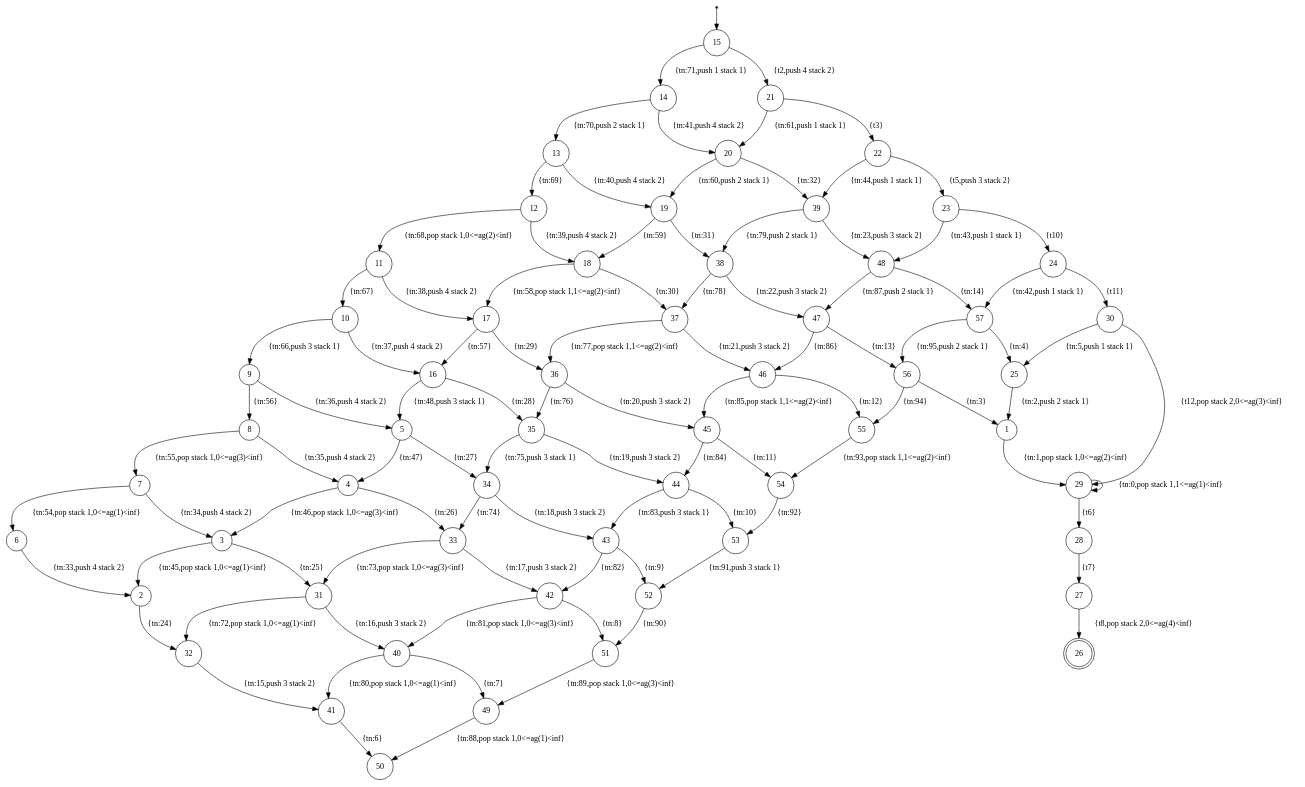
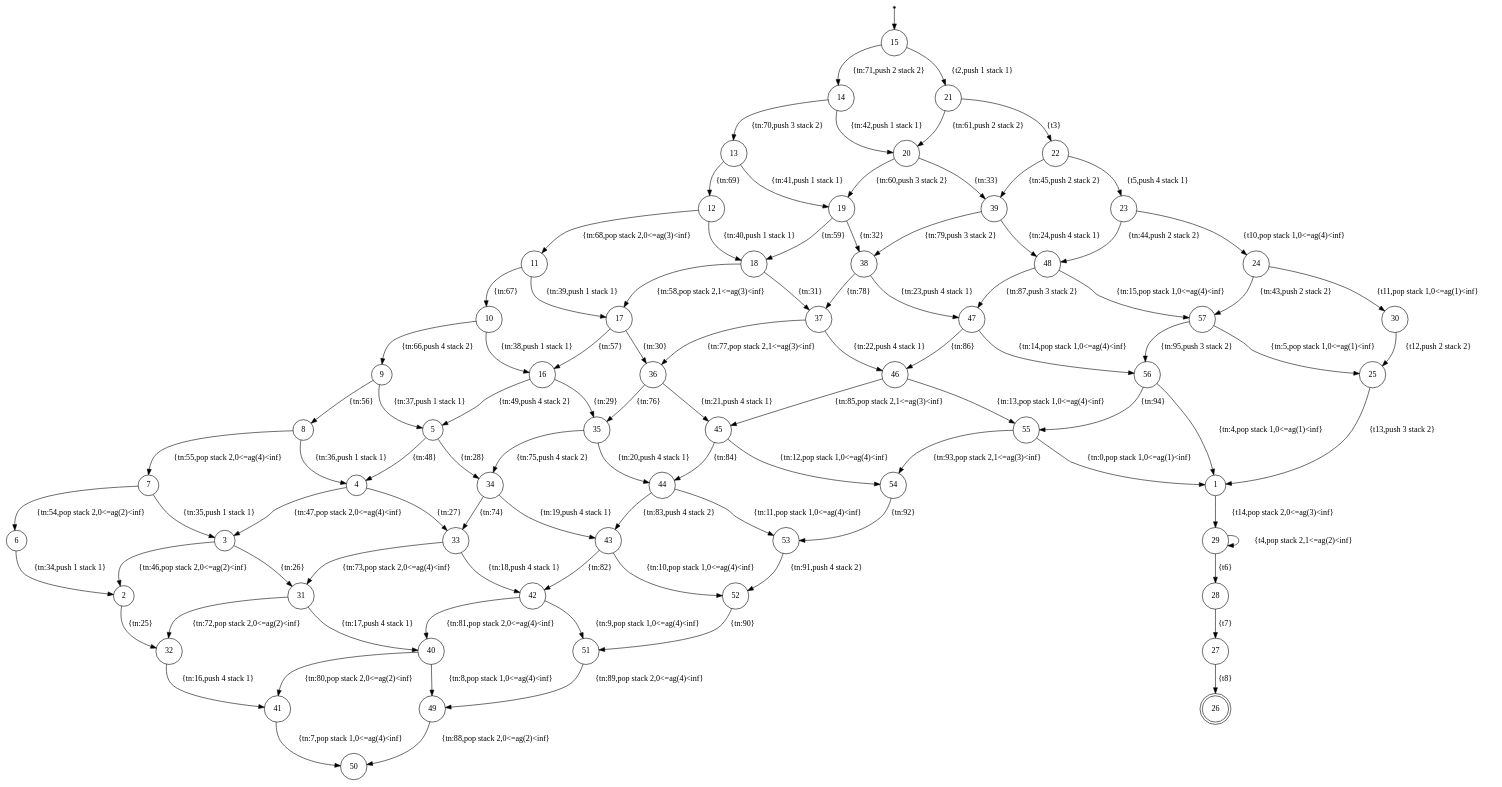
One commit to Sparsa/bhim changed the diagram in Benchmarks in Paper/Timed/Bluetooth/BluetoothTimed.xml.dot. Above: the diagram before and after it, drawn with Graphviz. The commit also changed 11 other files, not shown here.

```diff
--- a/Benchmarks in Paper/Timed/Bluetooth/BluetoothTimed.xml.dot
+++ b/Benchmarks in Paper/Timed/Bluetooth/BluetoothTimed.xml.dot
@@ -1,102 +1,102 @@
 digraph finite_state_machine {
 	node [shape = point ]; qi0;
 	node [shape = doublecircle];26;
 	node [shape=circle];
 	qi0 -> 15;
-	29 -> 29 [ label = "{tn:0,pop stack 1,1<=ag(1)<inf}" ];
-	1 -> 29 [ label = "{tn:1,pop stack 1,0<=ag(2)<inf}" ];
-	25 -> 1 [ label = "{tn:2,push 2 stack 1}" ];
-	56 -> 1 [ label = "{tn:3}" ];
-	57 -> 25 [ label = "{tn:4}" ];
-	30 -> 25 [ label = "{tn:5,push 1 stack 1}" ];
-	41 -> 50 [ label = "{tn:6}" ];
-	40 -> 49 [ label = "{tn:7}" ];
-	42 -> 51 [ label = "{tn:8}" ];
-	43 -> 52 [ label = "{tn:9}" ];
-	44 -> 53 [ label = "{tn:10}" ];
-	45 -> 54 [ label = "{tn:11}" ];
-	46 -> 55 [ label = "{tn:12}" ];
-	47 -> 56 [ label = "{tn:13}" ];
-	48 -> 57 [ label = "{tn:14}" ];
-	32 -> 41 [ label = "{tn:15,push 3 stack 2}" ];
-	31 -> 40 [ label = "{tn:16,push 3 stack 2}" ];
-	33 -> 42 [ label = "{tn:17,push 3 stack 2}" ];
-	34 -> 43 [ label = "{tn:18,push 3 stack 2}" ];
-	35 -> 44 [ label = "{tn:19,push 3 stack 2}" ];
-	36 -> 45 [ label = "{tn:20,push 3 stack 2}" ];
-	37 -> 46 [ label = "{tn:21,push 3 stack 2}" ];
-	38 -> 47 [ label = "{tn:22,push 3 stack 2}" ];
-	39 -> 48 [ label = "{tn:23,push 3 stack 2}" ];
-	2 -> 32 [ label = "{tn:24}" ];
-	3 -> 31 [ label = "{tn:25}" ];
-	4 -> 33 [ label = "{tn:26}" ];
-	5 -> 34 [ label = "{tn:27}" ];
-	16 -> 35 [ label = "{tn:28}" ];
-	17 -> 36 [ label = "{tn:29}" ];
-	18 -> 37 [ label = "{tn:30}" ];
-	19 -> 38 [ label = "{tn:31}" ];
-	20 -> 39 [ label = "{tn:32}" ];
-	6 -> 2 [ label = "{tn:33,push 4 stack 2}" ];
-	7 -> 3 [ label = "{tn:34,push 4 stack 2}" ];
-	8 -> 4 [ label = "{tn:35,push 4 stack 2}" ];
-	9 -> 5 [ label = "{tn:36,push 4 stack 2}" ];
-	10 -> 16 [ label = "{tn:37,push 4 stack 2}" ];
-	11 -> 17 [ label = "{tn:38,push 4 stack 2}" ];
-	12 -> 18 [ label = "{tn:39,push 4 stack 2}" ];
-	13 -> 19 [ label = "{tn:40,push 4 stack 2}" ];
-	14 -> 20 [ label = "{tn:41,push 4 stack 2}" ];
-	24 -> 57 [ label = "{tn:42,push 1 stack 1}" ];
-	23 -> 48 [ label = "{tn:43,push 1 stack 1}" ];
-	22 -> 39 [ label = "{tn:44,push 1 stack 1}" ];
-	3 -> 2 [ label = "{tn:45,pop stack 1,0<=ag(1)<inf}" ];
-	4 -> 3 [ label = "{tn:46,pop stack 1,0<=ag(3)<inf}" ];
-	5 -> 4 [ label = "{tn:47}" ];
-	16 -> 5 [ label = "{tn:48,push 3 stack 1}" ];
-	27 -> 26 [ label = "{t8,pop stack 2,0<=ag(4)<inf}" ];
+	55 -> 1 [ label = "{tn:0,pop stack 1,0<=ag(1)<inf}" ];
+	29 -> 29 [ label = "{t4,pop stack 2,1<=ag(2)<inf}" ];
+	1 -> 29 [ label = "{t14,pop stack 2,0<=ag(3)<inf}" ];
+	25 -> 1 [ label = "{t13,push 3 stack 2}" ];
+	56 -> 1 [ label = "{tn:4,pop stack 1,0<=ag(1)<inf}" ];
+	57 -> 25 [ label = "{tn:5,pop stack 1,0<=ag(1)<inf}" ];
+	30 -> 25 [ label = "{t12,push 2 stack 2}" ];
+	41 -> 50 [ label = "{tn:7,pop stack 1,0<=ag(4)<inf}" ];
+	40 -> 49 [ label = "{tn:8,pop stack 1,0<=ag(4)<inf}" ];
+	42 -> 51 [ label = "{tn:9,pop stack 1,0<=ag(4)<inf}" ];
+	43 -> 52 [ label = "{tn:10,pop stack 1,0<=ag(4)<inf}" ];
+	44 -> 53 [ label = "{tn:11,pop stack 1,0<=ag(4)<inf}" ];
+	45 -> 54 [ label = "{tn:12,pop stack 1,0<=ag(4)<inf}" ];
+	46 -> 55 [ label = "{tn:13,pop stack 1,0<=ag(4)<inf}" ];
+	47 -> 56 [ label = "{tn:14,pop stack 1,0<=ag(4)<inf}" ];
+	48 -> 57 [ label = "{tn:15,pop stack 1,0<=ag(4)<inf}" ];
+	32 -> 41 [ label = "{tn:16,push 4 stack 1}" ];
+	31 -> 40 [ label = "{tn:17,push 4 stack 1}" ];
+	33 -> 42 [ label = "{tn:18,push 4 stack 1}" ];
+	34 -> 43 [ label = "{tn:19,push 4 stack 1}" ];
+	35 -> 44 [ label = "{tn:20,push 4 stack 1}" ];
+	36 -> 45 [ label = "{tn:21,push 4 stack 1}" ];
+	37 -> 46 [ label = "{tn:22,push 4 stack 1}" ];
+	38 -> 47 [ label = "{tn:23,push 4 stack 1}" ];
+	39 -> 48 [ label = "{tn:24,push 4 stack 1}" ];
+	2 -> 32 [ label = "{tn:25}" ];
+	3 -> 31 [ label = "{tn:26}" ];
+	4 -> 33 [ label = "{tn:27}" ];
+	5 -> 34 [ label = "{tn:28}" ];
+	16 -> 35 [ label = "{tn:29}" ];
+	17 -> 36 [ label = "{tn:30}" ];
+	18 -> 37 [ label = "{tn:31}" ];
+	19 -> 38 [ label = "{tn:32}" ];
+	20 -> 39 [ label = "{tn:33}" ];
+	6 -> 2 [ label = "{tn:34,push 1 stack 1}" ];
+	7 -> 3 [ label = "{tn:35,push 1 stack 1}" ];
+	8 -> 4 [ label = "{tn:36,push 1 stack 1}" ];
+	9 -> 5 [ label = "{tn:37,push 1 stack 1}" ];
+	10 -> 16 [ label = "{tn:38,push 1 stack 1}" ];
+	11 -> 17 [ label = "{tn:39,push 1 stack 1}" ];
+	12 -> 18 [ label = "{tn:40,push 1 stack 1}" ];
+	13 -> 19 [ label = "{tn:41,push 1 stack 1}" ];
+	14 -> 20 [ label = "{tn:42,push 1 stack 1}" ];
+	24 -> 57 [ label = "{tn:43,push 2 stack 2}" ];
+	23 -> 48 [ label = "{tn:44,push 2 stack 2}" ];
+	22 -> 39 [ label = "{tn:45,push 2 stack 2}" ];
+	3 -> 2 [ label = "{tn:46,pop stack 2,0<=ag(2)<inf}" ];
+	4 -> 3 [ label = "{tn:47,pop stack 2,0<=ag(4)<inf}" ];
+	5 -> 4 [ label = "{tn:48}" ];
+	16 -> 5 [ label = "{tn:49,push 4 stack 2}" ];
+	27 -> 26 [ label = "{t8}" ];
 	28 -> 27 [ label = "{t7}" ];
 	29 -> 28 [ label = "{t6}" ];
-	30 -> 29 [ label = "{t12,pop stack 2,0<=ag(3)<inf}" ];
-	15 -> 21 [ label = "{t2,push 4 stack 2}" ];
-	7 -> 6 [ label = "{tn:54,pop stack 1,0<=ag(1)<inf}" ];
-	8 -> 7 [ label = "{tn:55,pop stack 1,0<=ag(3)<inf}" ];
+	15 -> 21 [ label = "{t2,push 1 stack 1}" ];
+	7 -> 6 [ label = "{tn:54,pop stack 2,0<=ag(2)<inf}" ];
+	8 -> 7 [ label = "{tn:55,pop stack 2,0<=ag(4)<inf}" ];
 	9 -> 8 [ label = "{tn:56}" ];
 	17 -> 16 [ label = "{tn:57}" ];
-	18 -> 17 [ label = "{tn:58,pop stack 1,1<=ag(2)<inf}" ];
+	18 -> 17 [ label = "{tn:58,pop stack 2,1<=ag(3)<inf}" ];
 	19 -> 18 [ label = "{tn:59}" ];
-	20 -> 19 [ label = "{tn:60,push 2 stack 1}" ];
-	21 -> 20 [ label = "{tn:61,push 1 stack 1}" ];
-	24 -> 30 [ label = "{t11}" ];
-	23 -> 24 [ label = "{t10}" ];
-	22 -> 23 [ label = "{t5,push 3 stack 2}" ];
+	20 -> 19 [ label = "{tn:60,push 3 stack 2}" ];
+	21 -> 20 [ label = "{tn:61,push 2 stack 2}" ];
+	24 -> 30 [ label = "{t11,pop stack 1,0<=ag(1)<inf}" ];
+	23 -> 24 [ label = "{t10,pop stack 1,0<=ag(4)<inf}" ];
+	22 -> 23 [ label = "{t5,push 4 stack 1}" ];
 	21 -> 22 [ label = "{t3}" ];
-	10 -> 9 [ label = "{tn:66,push 3 stack 1}" ];
+	10 -> 9 [ label = "{tn:66,push 4 stack 2}" ];
 	11 -> 10 [ label = "{tn:67}" ];
-	12 -> 11 [ label = "{tn:68,pop stack 1,0<=ag(2)<inf}" ];
+	12 -> 11 [ label = "{tn:68,pop stack 2,0<=ag(3)<inf}" ];
 	13 -> 12 [ label = "{tn:69}" ];
-	14 -> 13 [ label = "{tn:70,push 2 stack 1}" ];
-	15 -> 14 [ label = "{tn:71,push 1 stack 1}" ];
-	31 -> 32 [ label = "{tn:72,pop stack 1,0<=ag(1)<inf}" ];
-	33 -> 31 [ label = "{tn:73,pop stack 1,0<=ag(3)<inf}" ];
+	14 -> 13 [ label = "{tn:70,push 3 stack 2}" ];
+	15 -> 14 [ label = "{tn:71,push 2 stack 2}" ];
+	31 -> 32 [ label = "{tn:72,pop stack 2,0<=ag(2)<inf}" ];
+	33 -> 31 [ label = "{tn:73,pop stack 2,0<=ag(4)<inf}" ];
 	34 -> 33 [ label = "{tn:74}" ];
-	35 -> 34 [ label = "{tn:75,push 3 stack 1}" ];
+	35 -> 34 [ label = "{tn:75,push 4 stack 2}" ];
 	36 -> 35 [ label = "{tn:76}" ];
-	37 -> 36 [ label = "{tn:77,pop stack 1,1<=ag(2)<inf}" ];
+	37 -> 36 [ label = "{tn:77,pop stack 2,1<=ag(3)<inf}" ];
 	38 -> 37 [ label = "{tn:78}" ];
-	39 -> 38 [ label = "{tn:79,push 2 stack 1}" ];
-	40 -> 41 [ label = "{tn:80,pop stack 1,0<=ag(1)<inf}" ];
-	42 -> 40 [ label = "{tn:81,pop stack 1,0<=ag(3)<inf}" ];
+	39 -> 38 [ label = "{tn:79,push 3 stack 2}" ];
+	40 -> 41 [ label = "{tn:80,pop stack 2,0<=ag(2)<inf}" ];
+	42 -> 40 [ label = "{tn:81,pop stack 2,0<=ag(4)<inf}" ];
 	43 -> 42 [ label = "{tn:82}" ];
-	44 -> 43 [ label = "{tn:83,push 3 stack 1}" ];
+	44 -> 43 [ label = "{tn:83,push 4 stack 2}" ];
 	45 -> 44 [ label = "{tn:84}" ];
-	46 -> 45 [ label = "{tn:85,pop stack 1,1<=ag(2)<inf}" ];
+	46 -> 45 [ label = "{tn:85,pop stack 2,1<=ag(3)<inf}" ];
 	47 -> 46 [ label = "{tn:86}" ];
-	48 -> 47 [ label = "{tn:87,push 2 stack 1}" ];
-	49 -> 50 [ label = "{tn:88,pop stack 1,0<=ag(1)<inf}" ];
-	51 -> 49 [ label = "{tn:89,pop stack 1,0<=ag(3)<inf}" ];
+	48 -> 47 [ label = "{tn:87,push 3 stack 2}" ];
+	49 -> 50 [ label = "{tn:88,pop stack 2,0<=ag(2)<inf}" ];
+	51 -> 49 [ label = "{tn:89,pop stack 2,0<=ag(4)<inf}" ];
 	52 -> 51 [ label = "{tn:90}" ];
-	53 -> 52 [ label = "{tn:91,push 3 stack 1}" ];
+	53 -> 52 [ label = "{tn:91,push 4 stack 2}" ];
 	54 -> 53 [ label = "{tn:92}" ];
-	55 -> 54 [ label = "{tn:93,pop stack 1,1<=ag(2)<inf}" ];
+	55 -> 54 [ label = "{tn:93,pop stack 2,1<=ag(3)<inf}" ];
 	56 -> 55 [ label = "{tn:94}" ];
-	57 -> 56 [ label = "{tn:95,push 2 stack 1}" ];
+	57 -> 56 [ label = "{tn:95,push 3 stack 2}" ];
 }
```
